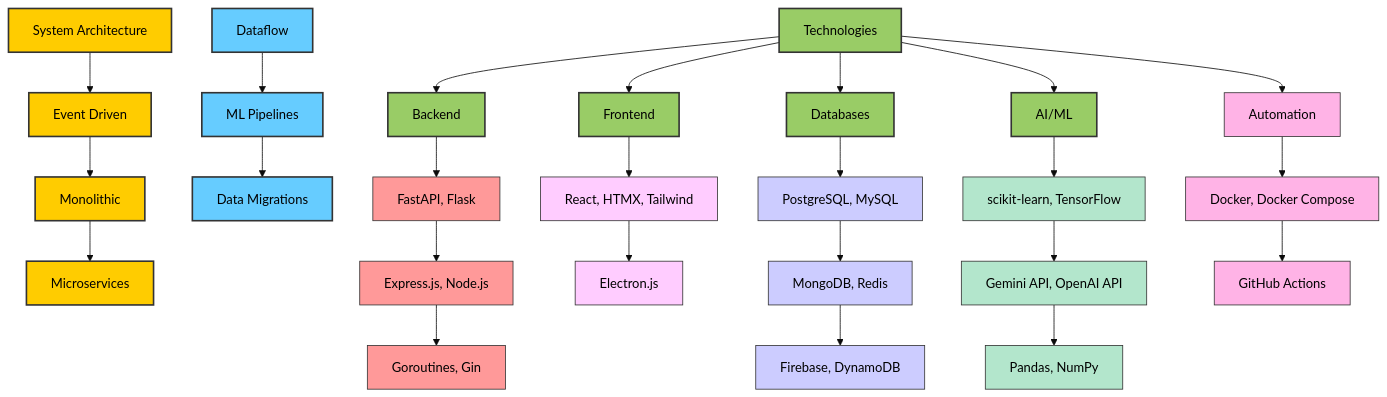
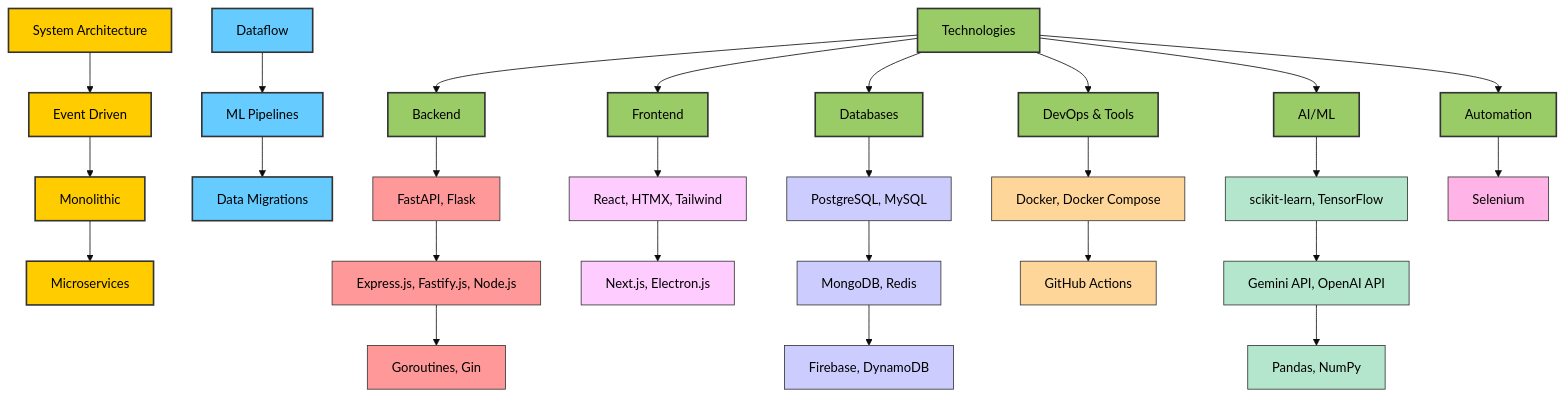
Before and after one commit to tawfiqkhalilieh/tawfiqkhalilieh: the diagram in README.md, drawn with Mermaid (base theme).

Commit message:
Update technologies and categories in README

````diff
--- a/README.md
+++ b/README.md
@@ -10,64 +10,70 @@
 ```mermaid
 graph TB
 
     A[System Architecture]
     A1[Event Driven]
     A2[Monolithic]
     A3[Microservices]
 
     B[Dataflow]
     B1[ML Pipelines]
     B2[Data Migrations]
 
     C[Technologies]
     C1[Backend]
     C1a[FastAPI, Flask]
-    C1b[Express.js, Node.js]
+    C1b[Express.js, Fastify.js, Node.js]
     C1c[Goroutines, Gin]
 
     C2[Frontend]
     C2a[React, HTMX, Tailwind]
-    C2b[Electron.js]
+    C2b[Next.js, Electron.js]
 
     C3[Databases]
     C3a[PostgreSQL, MySQL]
     C3b[MongoDB, Redis]
     C3c[Firebase, DynamoDB]
 
-    C4[AI/ML]
-    C4a[scikit-learn, TensorFlow]
-    C4b[Gemini API, OpenAI API]
-    C4c[Pandas, NumPy]
+    C4[DevOps & Tools]
+    C4a[Docker, Docker Compose]
+    C4b[GitHub Actions]
 
-    D[Automation]
-    D1[Docker, Docker Compose]
-    D2[GitHub Actions]
+    C5[AI/ML]
+    C5a[scikit-learn, TensorFlow]
+    C5b[Gemini API, OpenAI API]
+    C5c[Pandas, NumPy]
+
+    C6[Automation]
+    C6a[Selenium]
 
     %% Connections
     A --> A1 --> A2 --> A3
     B --> B1 --> B2
     C --> C1 --> C1a --> C1b --> C1c
     C --> C2 --> C2a --> C2b
     C --> C3 --> C3a --> C3b --> C3c
-    C --> C4 --> C4a --> C4b --> C4c
-    C --> D --> D1 --> D2
+    C --> C4 --> C4a --> C4b
+    C --> C5 --> C5a --> C5b --> C5c
+    C --> C6 --> C6a
 
     %% 🎨 Styling
     classDef arch fill:#ffcc00,stroke:#333,stroke-width:2px,color:#000;
     classDef data fill:#66ccff,stroke:#333,stroke-width:2px,color:#000;
     classDef tech fill:#99cc66,stroke:#333,stroke-width:2px,color:#000;
     classDef backend fill:#ff9999,stroke:#333,stroke-width:1px,color:#000;
     classDef frontend fill:#ffccff,stroke:#333,stroke-width:1px,color:#000;
     classDef db fill:#ccccff,stroke:#333,stroke-width:1px,color:#000;
+    classDef devops fill:#ffd699,stroke:#333,stroke-width:1px,color:#000;
     classDef ai fill:#b3e6cc,stroke:#333,stroke-width:1px,color:#000;
     classDef automation fill:#ffb3e6,stroke:#333,stroke-width:1px,color:#000;
 
     class A,A1,A2,A3 arch;
     class B,B1,B2 data;
-    class C,C1,C2,C3,C4 tech;
+    class C,C1,C2,C3,C4,C5,C6 tech;
     class C1a,C1b,C1c backend;
     class C2a,C2b frontend;
     class C3a,C3b,C3c db;
-    class C4a,C4b,C4c ai;
-    class D,D1,D2 automation;
+    class C4a,C4b devops;
+    class C5a,C5b,C5c ai;
+    class C6a automation;
 ```
````
